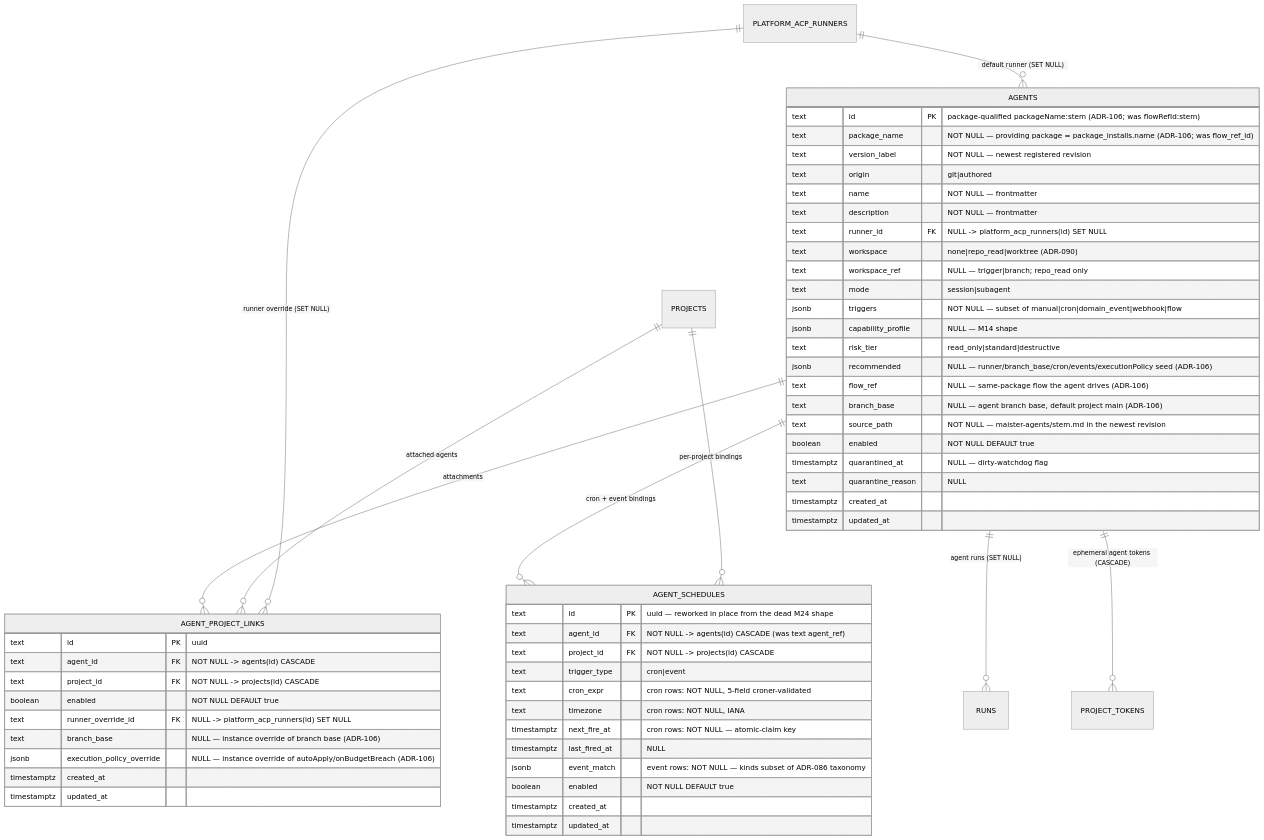
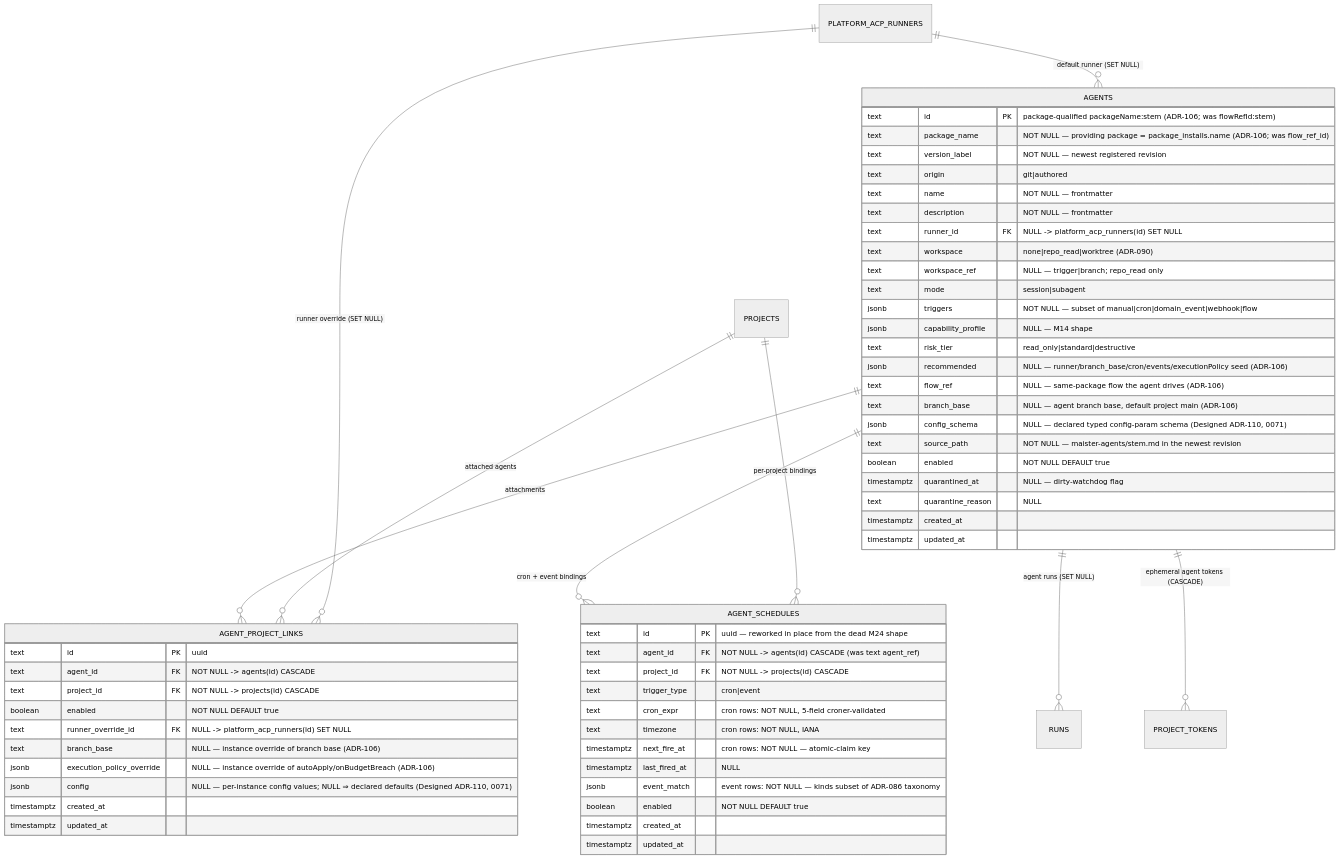
The diagram in docs/db/agents-domain.md (maister-dev/maister), drawn with Mermaid (neutral theme) before and after one commit. The commit also changed 10 other files, not shown here.

Commit message:
docs(triage): SDD foundation — ADR-110/111, triage.md, ERD, OpenAPI (Designed)

````diff
--- a/docs/db/agents-domain.md
+++ b/docs/db/agents-domain.md
@@ -25,63 +25,65 @@
 ```mermaid
 erDiagram
     PLATFORM_ACP_RUNNERS ||--o{ AGENTS : "default runner (SET NULL)"
     AGENTS ||--o{ AGENT_PROJECT_LINKS : "attachments"
     PROJECTS ||--o{ AGENT_PROJECT_LINKS : "attached agents"
     PLATFORM_ACP_RUNNERS ||--o{ AGENT_PROJECT_LINKS : "runner override (SET NULL)"
     AGENTS ||--o{ AGENT_SCHEDULES : "cron + event bindings"
     PROJECTS ||--o{ AGENT_SCHEDULES : "per-project bindings"
     AGENTS ||--o{ RUNS : "agent runs (SET NULL)"
     AGENTS ||--o{ PROJECT_TOKENS : "ephemeral agent tokens (CASCADE)"
 
     AGENTS {
         text id PK "package-qualified packageName:stem (ADR-106; was flowRefId:stem)"
         text package_name "NOT NULL — providing package = package_installs.name (ADR-106; was flow_ref_id)"
         text version_label "NOT NULL — newest registered revision"
         text origin "git|authored"
         text name "NOT NULL — frontmatter"
         text description "NOT NULL — frontmatter"
         text runner_id FK "NULL -> platform_acp_runners(id) SET NULL"
         text workspace "none|repo_read|worktree (ADR-090)"
         text workspace_ref "NULL — trigger|branch; repo_read only"
         text mode "session|subagent"
         jsonb triggers "NOT NULL — subset of manual|cron|domain_event|webhook|flow"
         jsonb capability_profile "NULL — M14 shape"
         text risk_tier "read_only|standard|destructive"
         jsonb recommended "NULL — runner/branch_base/cron/events/executionPolicy seed (ADR-106)"
         text flow_ref "NULL — same-package flow the agent drives (ADR-106)"
         text branch_base "NULL — agent branch base, default project main (ADR-106)"
+        jsonb config_schema "NULL — declared typed config-param schema (Designed ADR-110, 0071)"
         text source_path "NOT NULL — maister-agents/stem.md in the newest revision"
         boolean enabled "NOT NULL DEFAULT true"
         timestamptz quarantined_at "NULL — dirty-watchdog flag"
         text quarantine_reason "NULL"
         timestamptz created_at
         timestamptz updated_at
     }
 
     AGENT_PROJECT_LINKS {
         text id PK "uuid"
         text agent_id FK "NOT NULL -> agents(id) CASCADE"
         text project_id FK "NOT NULL -> projects(id) CASCADE"
         boolean enabled "NOT NULL DEFAULT true"
         text runner_override_id FK "NULL -> platform_acp_runners(id) SET NULL"
         text branch_base "NULL — instance override of branch base (ADR-106)"
         jsonb execution_policy_override "NULL — instance override of autoApply/onBudgetBreach (ADR-106)"
+        jsonb config "NULL — per-instance config values; NULL ⇒ declared defaults (Designed ADR-110, 0071)"
         timestamptz created_at
         timestamptz updated_at
     }
 
     AGENT_SCHEDULES {
         text id PK "uuid — reworked in place from the dead M24 shape"
         text agent_id FK "NOT NULL -> agents(id) CASCADE (was text agent_ref)"
         text project_id FK "NOT NULL -> projects(id) CASCADE"
         text trigger_type "cron|event"
         text cron_expr "cron rows: NOT NULL, 5-field croner-validated"
         text timezone "cron rows: NOT NULL, IANA"
         timestamptz next_fire_at "cron rows: NOT NULL — atomic-claim key"
         timestamptz last_fired_at "NULL"
         jsonb event_match "event rows: NOT NULL — kinds subset of ADR-086 taxonomy"
         boolean enabled "NOT NULL DEFAULT true"
         timestamptz created_at
         timestamptz updated_at
     }
 ```
````
